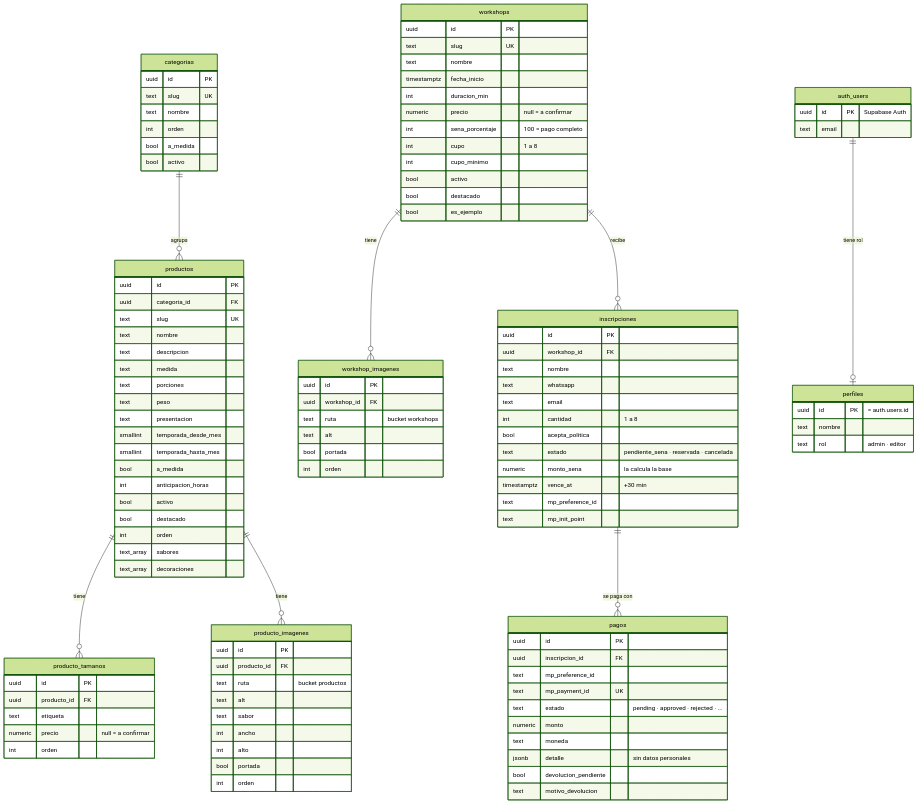
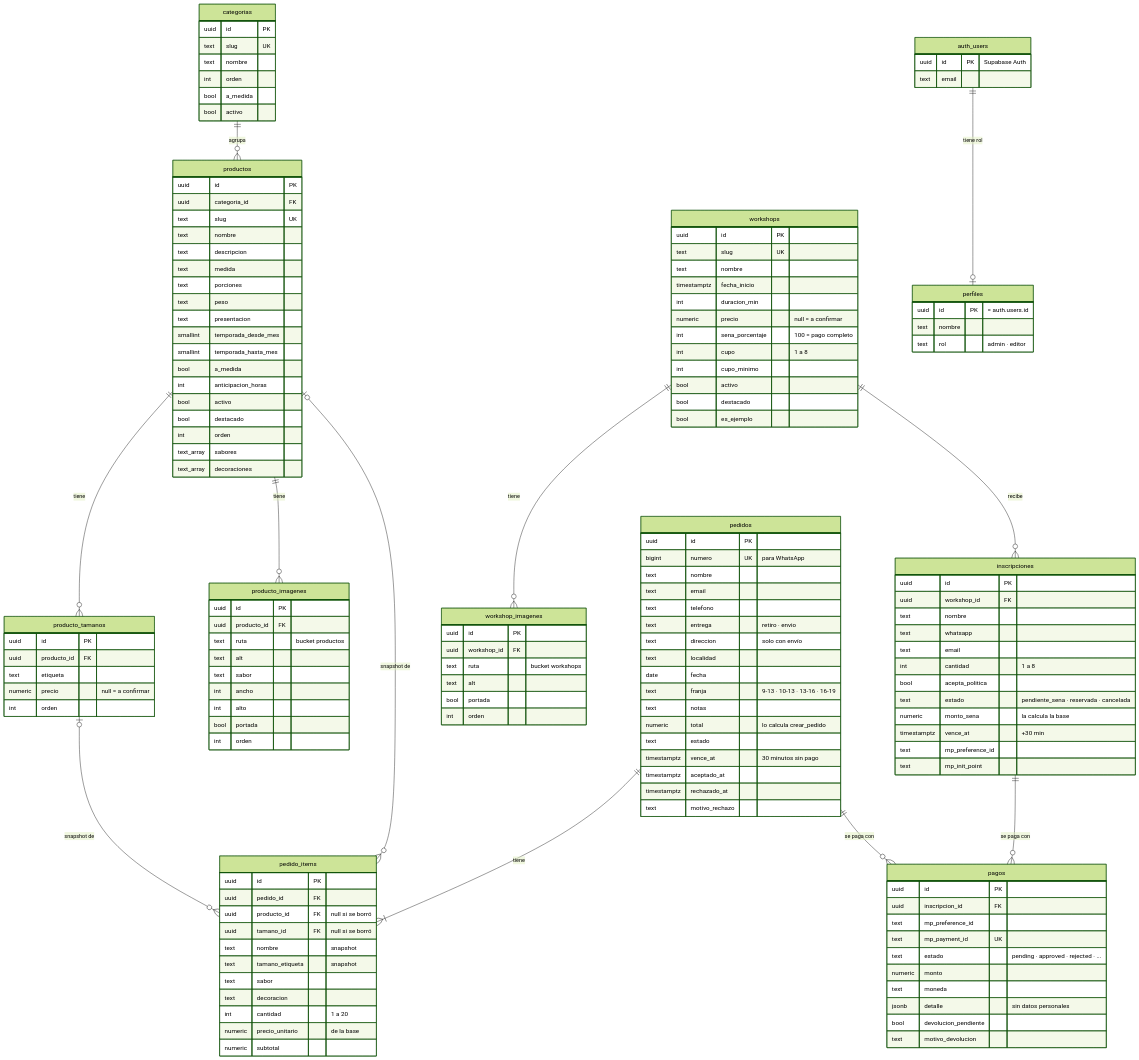
Before and after one commit to trevisancata/home-bakery: the first of 2 diagrams in docs/modelo-de-datos.md, drawn with Mermaid (forest theme). The commit also changed other lines of this file and 55 other files, not shown here.

````diff
--- a/docs/modelo-de-datos.md
+++ b/docs/modelo-de-datos.md
@@ -22,6 +29,10 @@
   workshops ||--o{ inscripciones : "recibe"
   auth_users ||--o| perfiles : "tiene rol"
   inscripciones ||--o{ pagos : "se paga con"
+  pedidos ||--|{ pedido_items : "tiene"
+  pedidos ||--o{ pagos : "se paga con"
+  productos |o--o{ pedido_items : "snapshot de"
+  producto_tamanos |o--o{ pedido_items : "snapshot de"
 
   categorias {
     uuid id PK
@@ -126,4 +137,36 @@
     bool devolucion_pendiente
     text motivo_devolucion
   }
+  pedidos {
+    uuid id PK
+    bigint numero UK "para WhatsApp"
+    text nombre
+    text email
+    text telefono
+    text entrega "retiro · envio"
+    text direccion "solo con envío"
+    text localidad
+    date fecha
+    text franja "9-13 · 10-13 · 13-16 · 16-19"
+    text notas
+    numeric total "lo calcula crear_pedido"
+    text estado
+    timestamptz vence_at "30 minutos sin pago"
+    timestamptz aceptado_at
+    timestamptz rechazado_at
+    text motivo_rechazo
+  }
+  pedido_items {
+    uuid id PK
+    uuid pedido_id FK
+    uuid producto_id FK "null si se borró"
+    uuid tamano_id FK "null si se borró"
+    text nombre "snapshot"
+    text tamano_etiqueta "snapshot"
+    text sabor
+    text decoracion
+    int cantidad "1 a 20"
+    numeric precio_unitario "de la base"
+    numeric subtotal
+  }
 ```
````
